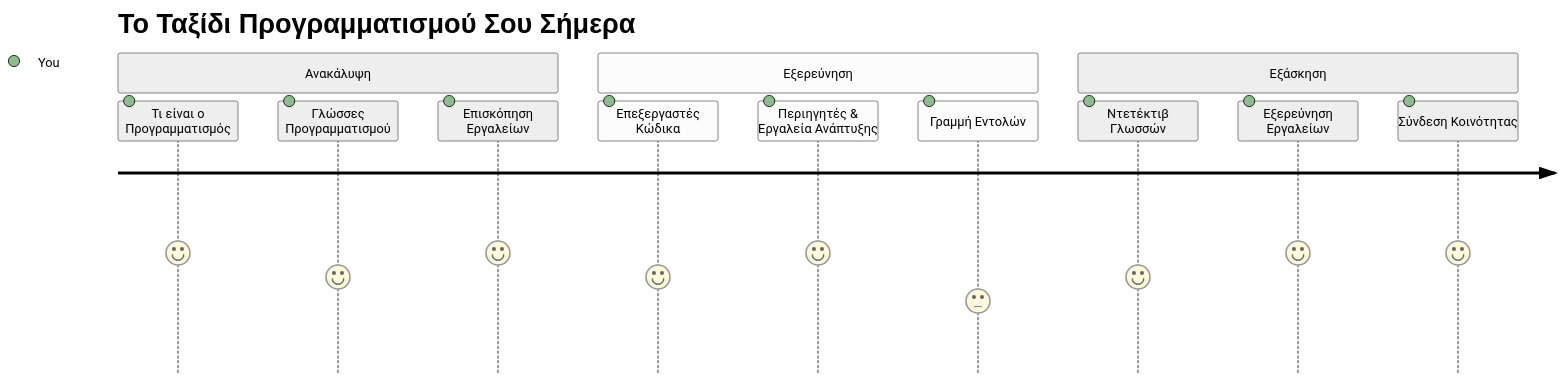
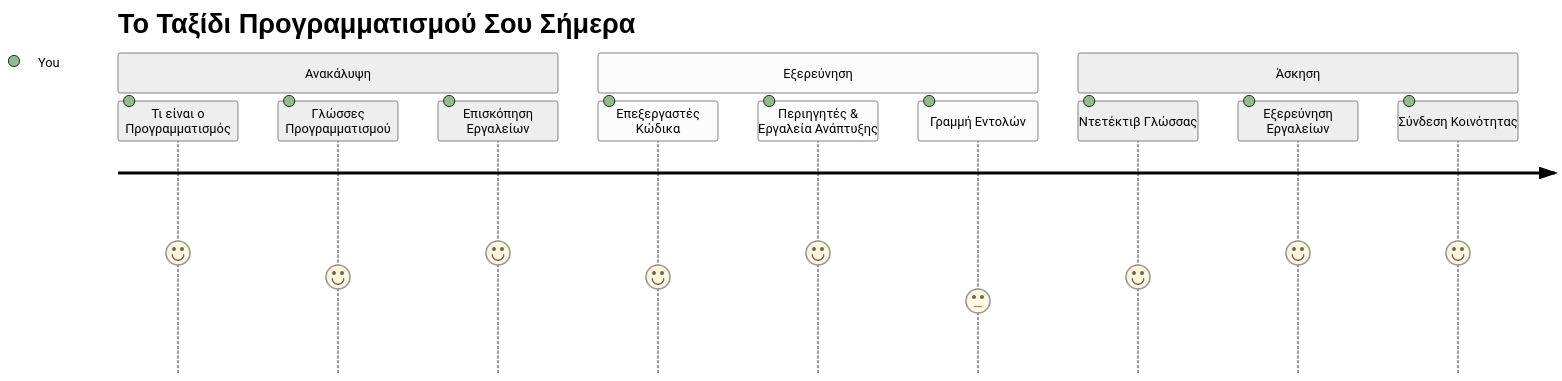
One commit to microsoft/Web-Dev-For-Beginners changed the first of 7 diagrams in translations/el/1-getting-started-lessons/1-intro-to-programming-languages/README.md. Above: the diagram before and after it, drawn with Mermaid (neutral theme). The commit also changed other lines of this file and 11 other files, not shown here.

````diff
--- a/translations/el/1-getting-started-lessons/1-intro-to-programming-languages/README.md
+++ b/translations/el/1-getting-started-lessons/1-intro-to-programming-languages/README.md
@@ -14,16 +14,16 @@
 ```mermaid
 journey
     title Το Ταξίδι Προγραμματισμού Σου Σήμερα
     section Ανακάλυψη
       Τι είναι ο Προγραμματισμός: 5: You
       Γλώσσες Προγραμματισμού: 4: You
       Επισκόπηση Εργαλείων: 5: You
     section Εξερεύνηση
       Επεξεργαστές Κώδικα: 4: You
       Περιηγητές & Εργαλεία Ανάπτυξης: 5: You
       Γραμμή Εντολών: 3: You
-    section Εξάσκηση
-      Ντετέκτιβ Γλωσσών: 4: You
+    section Άσκηση
+      Ντετέκτιβ Γλώσσας: 4: You
       Εξερεύνηση Εργαλείων: 5: You
       Σύνδεση Κοινότητας: 5: You
 ```
````
